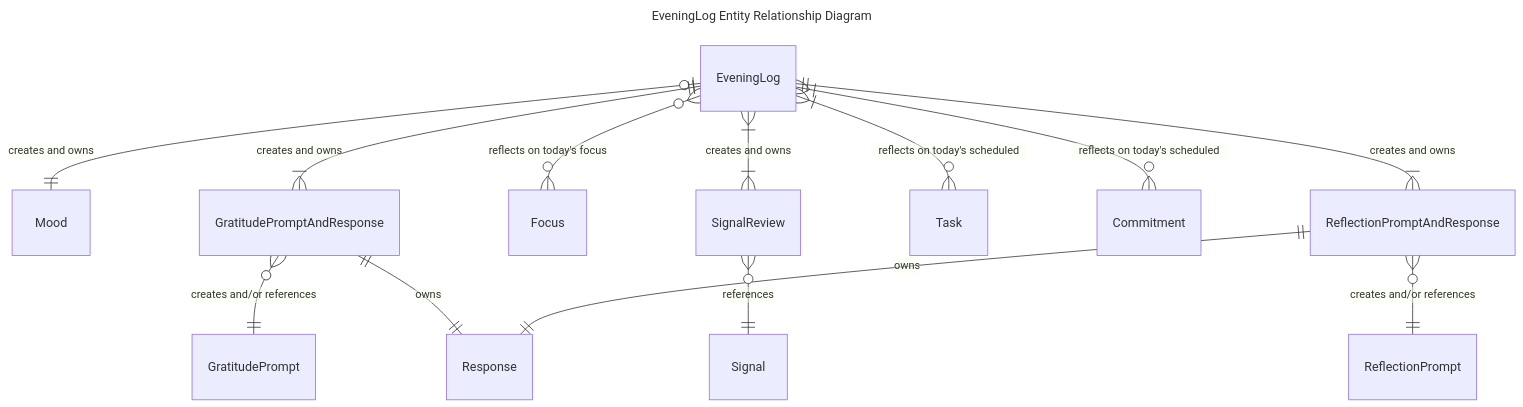
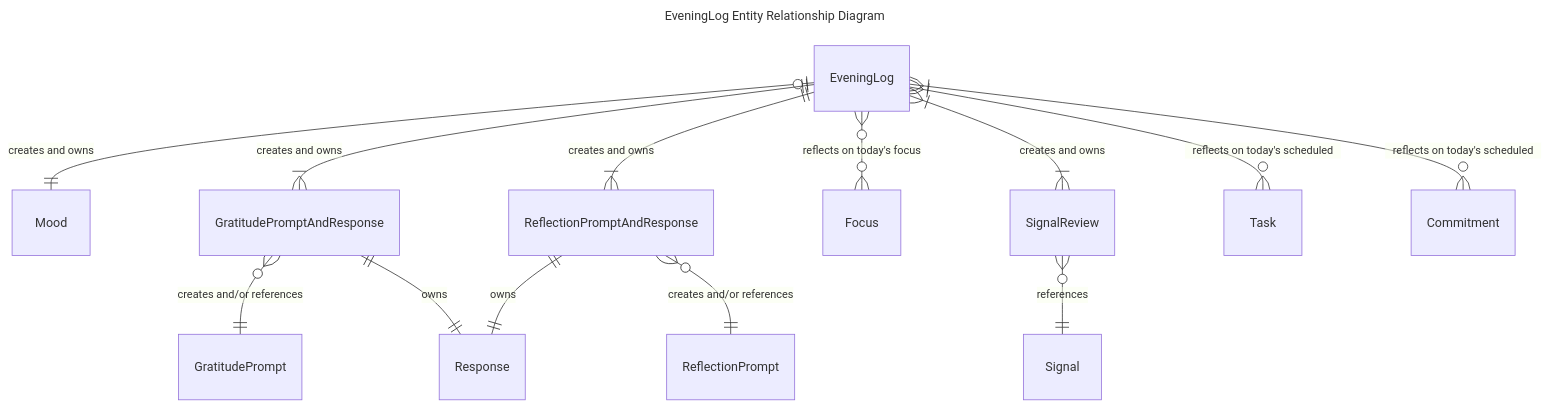
The fourth of 8 diagrams in design-docs/02-entity-relationship-diagrams.md (osgrouch/olos), drawn with Mermaid before and after one commit. The commit also changed 1 other file, not shown here.

Commit message:
More work

````diff
--- a/design-docs/02-entity-relationship-diagrams.md
+++ b/design-docs/02-entity-relationship-diagrams.md
@@ -92,24 +92,24 @@
 ``` mermaid
 ---
 title: EveningLog Entity Relationship Diagram
 ---
 erDiagram
   direction TB
 
   EveningLog |o--|| Mood : "creates and owns"
   EveningLog ||--|{ GratitudePromptAndResponse : "creates and owns"
-  %% TODO: what does it mean to reflect on active focuses?
+  EveningLog ||--|{ ReflectionPromptAndResponse : "creates and owns"
+
   EveningLog }o--o{ Focus : "reflects on today's focus" 
   EveningLog }|--|{ SignalReview : "creates and owns"
   EveningLog }|--o{ Task : "reflects on today's scheduled"
   EveningLog }|--o{ Commitment : "reflects on today's scheduled"
-  EveningLog ||--|{ ReflectionPromptAndResponse : "creates and owns"
 
   GratitudePromptAndResponse }o--|| GratitudePrompt : "creates and/or references"
   GratitudePromptAndResponse ||--|| Response : "owns"
 
   ReflectionPromptAndResponse }o--|| ReflectionPrompt : "creates and/or references"
   ReflectionPromptAndResponse ||--|| Response : "owns"
 
   SignalReview }o--|| Signal : "references"
 ```
````
